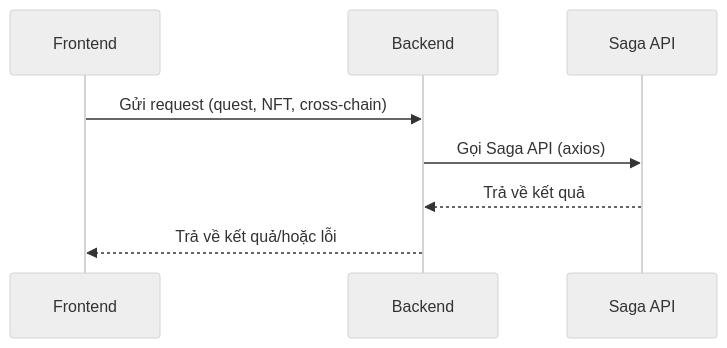
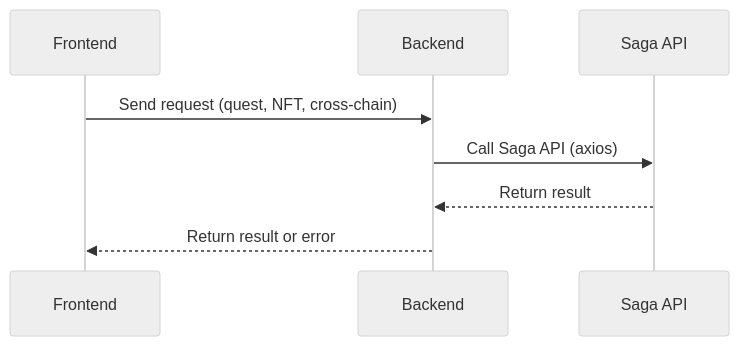
One commit to brianquangdev/Lootie-app changed the diagram in README.md. Above: the diagram before and after it, drawn with Mermaid (neutral theme). The commit also changed other lines of this file, not shown here.

````diff
--- a/README.md
+++ b/README.md
@@ -218,7 +218,7 @@
 ```mermaid
 sequenceDiagram
-Frontend->>Backend: Gửi request (quest, NFT, cross-chain)
-Backend->>Saga API: Gọi Saga API (axios)
-Saga API-->>Backend: Trả về kết quả
-Backend-->>Frontend: Trả về kết quả/hoặc lỗi
+Frontend->>Backend: Send request (quest, NFT, cross-chain)
+Backend->>Saga API: Call Saga API (axios)
+Saga API-->>Backend: Return result
+Backend-->>Frontend: Return result or error
 ```
````
